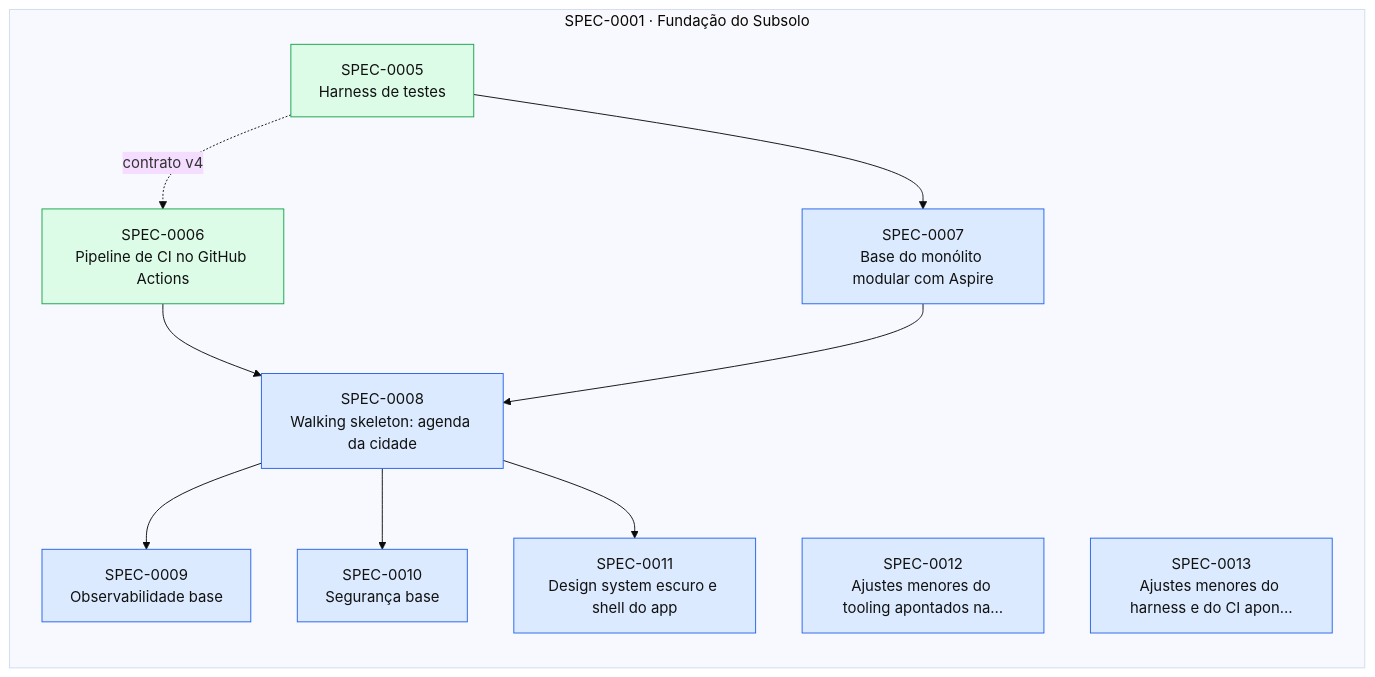
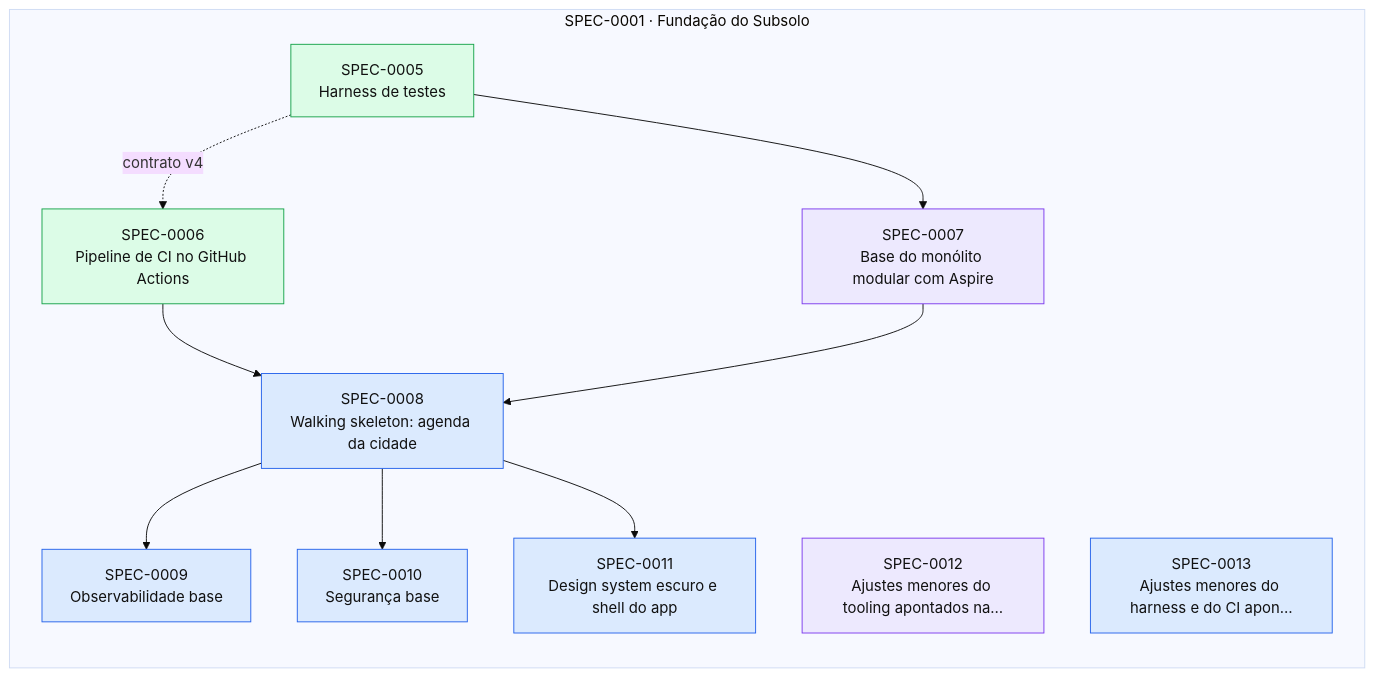
One commit to thomasravache/subsolo changed the diagram in docs/specs/INDEX.md. Above: the diagram before and after it, drawn with Mermaid (base theme). The commit also changed other lines of this file and 2 other files, not shown here.

First line of the commit message:
docs(sdd): start wave 3 (monolith base with Aspire, tooling fixes)

````diff
--- a/docs/specs/INDEX.md
+++ b/docs/specs/INDEX.md
@@ -67,26 +67,26 @@
 ```mermaid
 flowchart LR
   subgraph E0001["SPEC-0001 · Fundação do Subsolo"]
     S0005["SPEC-0005<br/>Harness de testes"]:::implemented
     S0006["SPEC-0006<br/>Pipeline de CI no GitHub Actions"]:::implemented
-    S0007["SPEC-0007<br/>Base do monólito modular com Aspire"]:::approved
+    S0007["SPEC-0007<br/>Base do monólito modular com Aspire"]:::inprogress
     S0008["SPEC-0008<br/>Walking skeleton: agenda da cidade"]:::approved
     S0009["SPEC-0009<br/>Observabilidade base"]:::approved
     S0010["SPEC-0010<br/>Segurança base"]:::approved
     S0011["SPEC-0011<br/>Design system escuro e shell do app"]:::approved
-    S0012["SPEC-0012<br/>Ajustes menores do tooling apontados na…"]:::approved
+    S0012["SPEC-0012<br/>Ajustes menores do tooling apontados na…"]:::inprogress
     S0013["SPEC-0013<br/>Ajustes menores do harness e do CI apon…"]:::approved
   end
   S0005 -. contrato v4 .-> S0006
   S0005 --> S0007
   S0006 --> S0008
   S0007 --> S0008
   S0008 --> S0009
   S0008 --> S0010
   S0008 --> S0011
   classDef proposed fill:#fef3c7,stroke:#d97706,color:#111
   classDef approved fill:#dbeafe,stroke:#2563eb,color:#111
   classDef inprogress fill:#ede9fe,stroke:#7c3aed,color:#111
   classDef implemented fill:#dcfce7,stroke:#16a34a,color:#111
   classDef deprecated fill:#f3f4f6,stroke:#9ca3af,color:#6b7280
 ```
````
